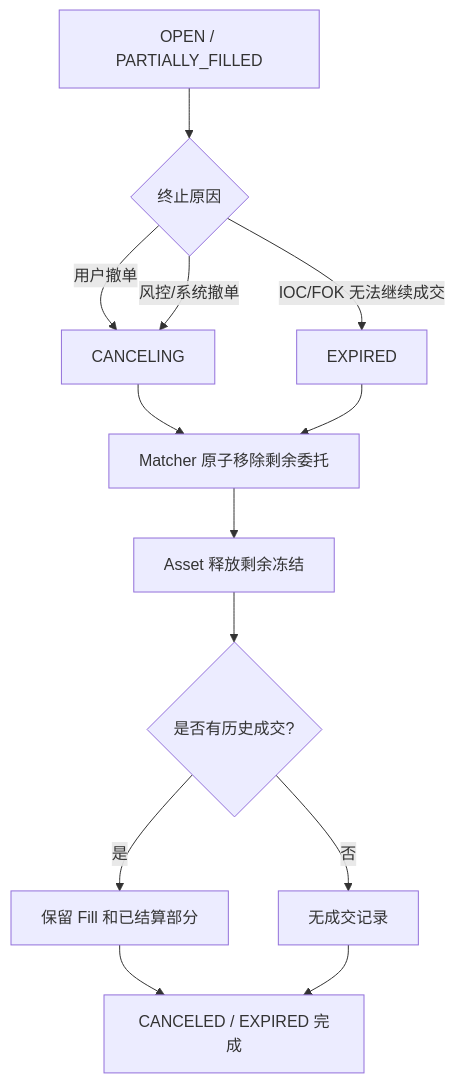
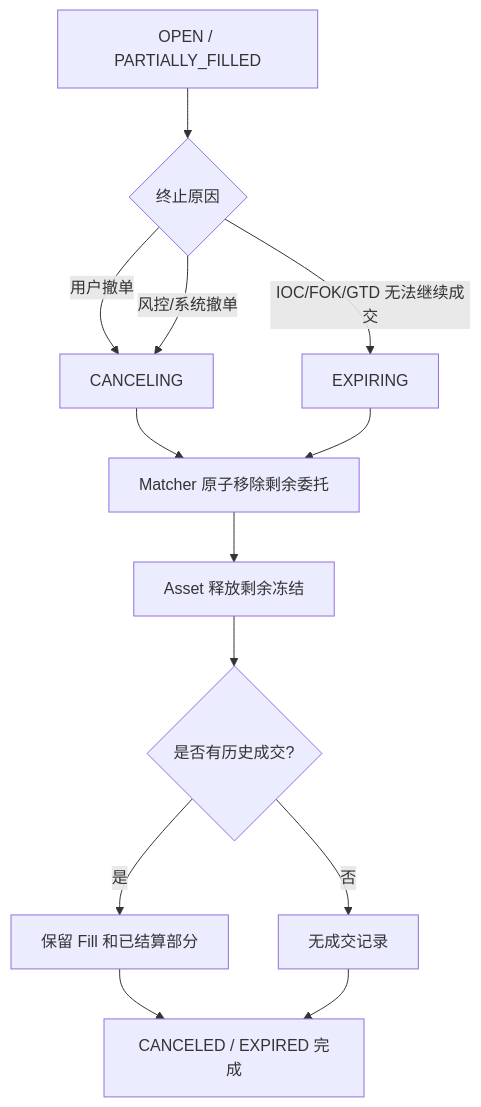
Before and after one commit to colbort/wklive: diagram 17 of 17 in services/trade/docs/order-lifecycle-design.md, drawn with Mermaid. The commit also changed other lines of this file and 85 other files, not shown here.

````diff
--- a/services/trade/docs/order-lifecycle-design.md
+++ b/services/trade/docs/order-lifecycle-design.md
@@ -367,15 +568,15 @@
 ```mermaid
 flowchart TD
     A[OPEN / PARTIALLY_FILLED] --> B{终止原因}
     B -- 用户撤单 --> C[CANCELING]
-    B -- IOC/FOK 无法继续成交 --> D[EXPIRED]
+    B -- IOC/FOK/GTD 无法继续成交 --> D[EXPIRING]
     B -- 风控/系统撤单 --> C
     C --> E[Matcher 原子移除剩余委托]
     D --> E
     E --> F[Asset 释放剩余冻结]
     F --> G{是否有历史成交?}
     G -- 是 --> H[保留 Fill 和已结算部分]
     G -- 否 --> I[无成交记录]
     H --> J[CANCELED / EXPIRED 完成]
     I --> J
 ```
````
